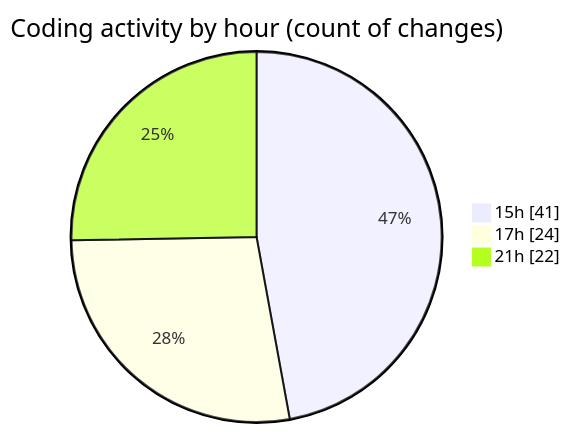
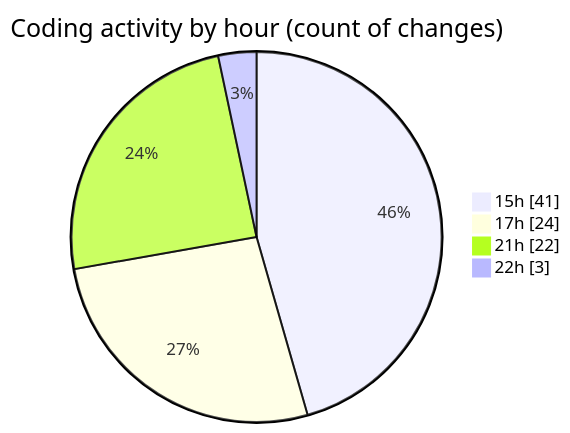
Before and after one commit to Netris89/code-tracking: the second of 2 diagrams in 2025-10-26/skintrack/README.md, drawn with Mermaid. The commit also changed other lines of this file and 1 other file, not shown here.

````diff
--- a/2025-10-26/skintrack/README.md
+++ b/2025-10-26/skintrack/README.md
@@ -39,7 +41,8 @@
 ```mermaid
 pie showData
 title Coding activity by hour (count of changes)
 "15h" : 41
 "17h" : 24
 "21h" : 22
+"22h" : 3
 ```
````
